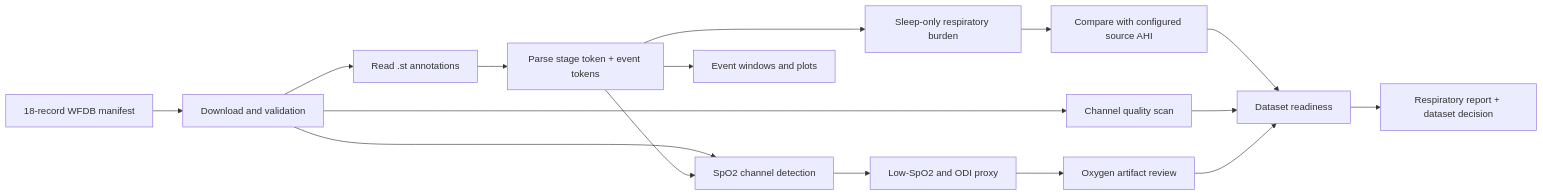
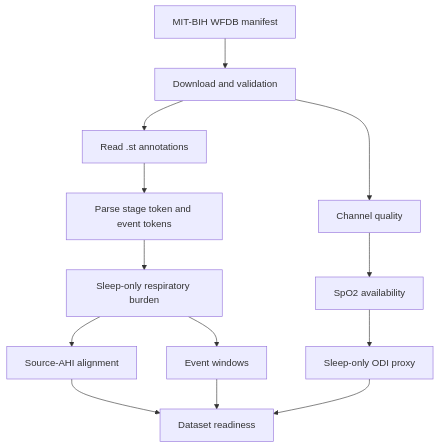
Before and after one commit to Yikuan-Yan/Physiological-Signal-Analysis: the third of 3 diagrams in WORK_GUIDE.md, drawn with Mermaid. The commit also changed other lines of this file and 10 other files, not shown here.

````diff
--- a/WORK_GUIDE.md
+++ b/WORK_GUIDE.md
@@ -487,18 +318,15 @@
 ```mermaid
-flowchart LR
-    A[18-record WFDB manifest] --> B[Download and validation]
+flowchart TD
+    A[MIT-BIH WFDB manifest] --> B[Download and validation]
     B --> C[Read .st annotations]
-    C --> D[Parse stage token + event tokens]
+    C --> D[Parse stage token and event tokens]
     D --> E[Sleep-only respiratory burden]
-    E --> F[Compare with configured source AHI]
-    B --> G[Channel quality scan]
-    B --> H[SpO2 channel detection]
-    D --> H
-    H --> I[Low-SpO2 and ODI proxy]
-    I --> J[Oxygen artifact review]
+    E --> F[Source-AHI alignment]
+    B --> G[Channel quality]
+    G --> H[SpO2 availability]
+    H --> I[Sleep-only ODI proxy]
+    E --> J[Event windows]
     F --> K[Dataset readiness]
-    G --> K
+    I --> K
     J --> K
-    D --> L[Event windows and plots]
-    K --> M[Respiratory report + dataset decision]
 ```
````
